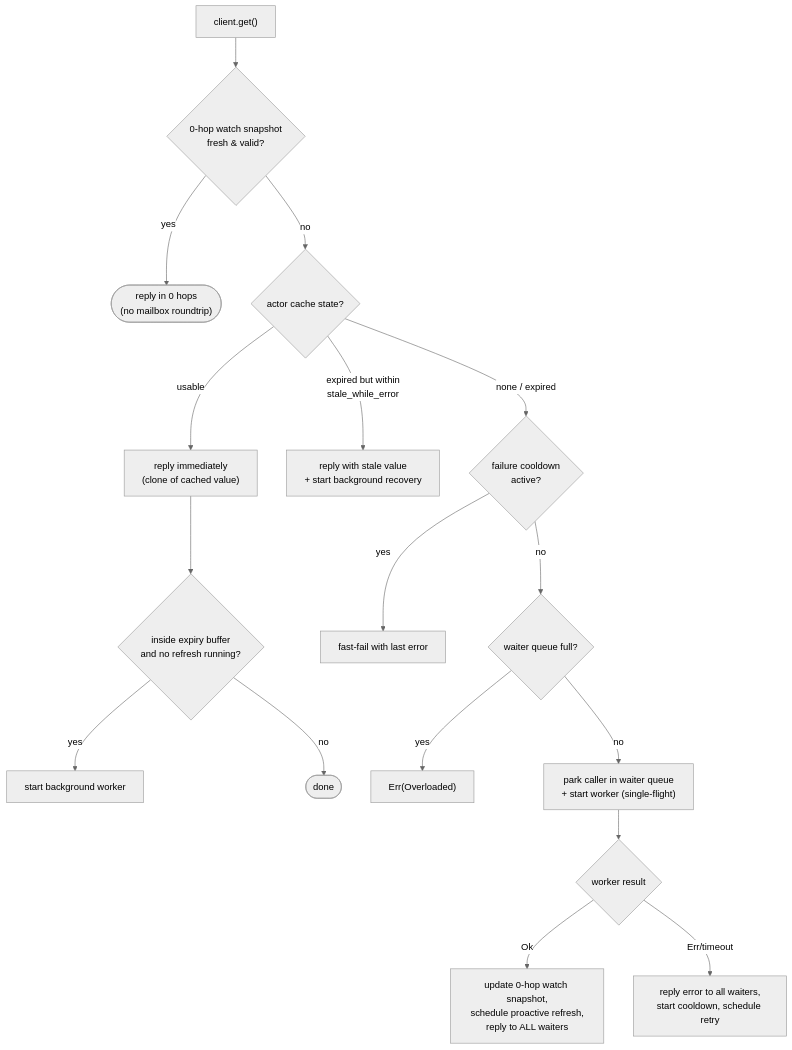
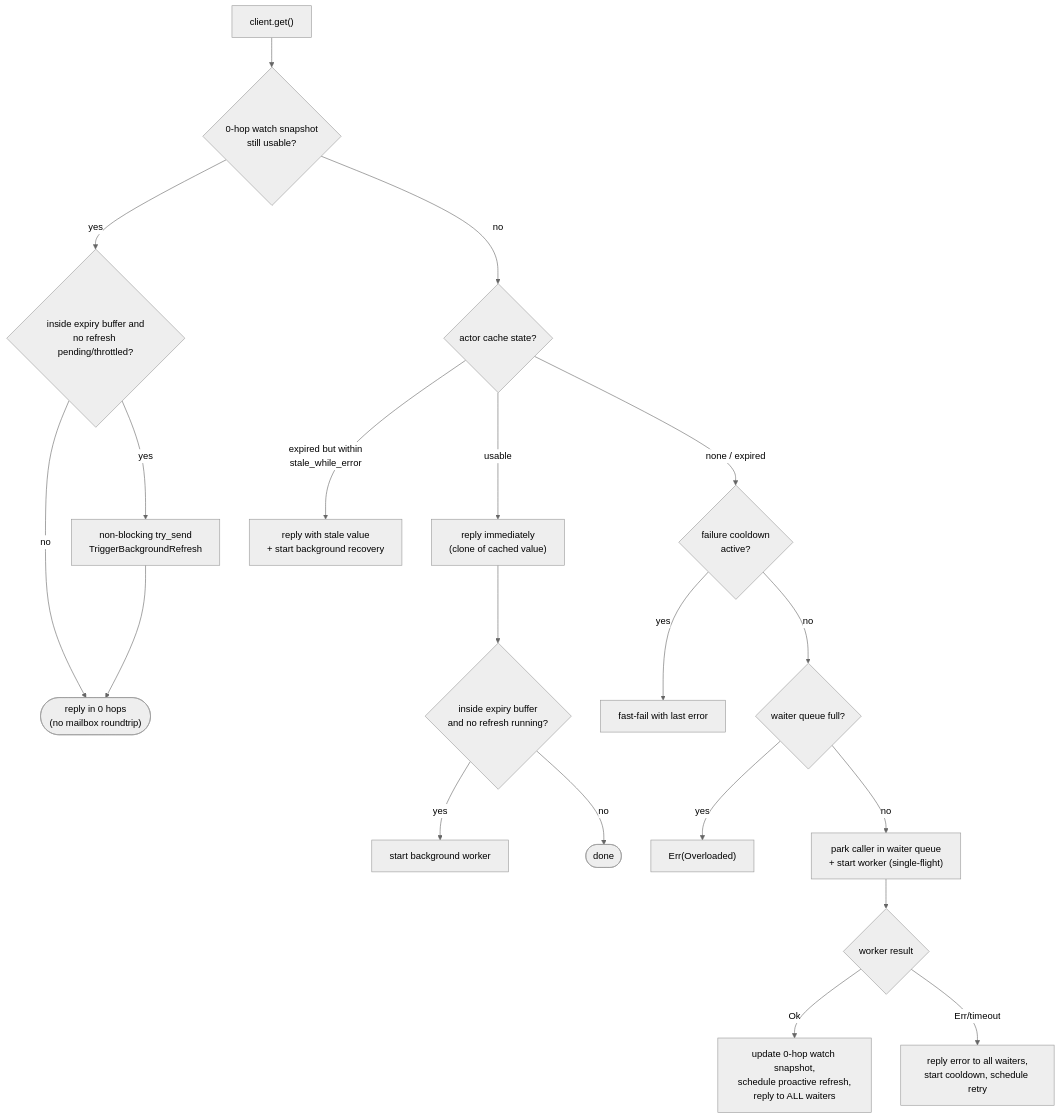
Before and after one commit to AlfredWeirich/otp-actor: the third of 4 diagrams in README.md, drawn with Mermaid (neutral theme). The commit also changed other lines of this file and 8 other files, not shown here.

````diff
--- a/README.md
+++ b/README.md
@@ -454,20 +464,23 @@
 ```mermaid
 flowchart TD
-    Get["client.get()"] --> WatchCheck{"0-hop watch snapshot<br/>fresh & valid?"}
-    WatchCheck -- yes --> WatchHit(["reply in 0 hops<br/>(no mailbox roundtrip)"])
+    Get["client.get()"] --> WatchCheck{"0-hop watch snapshot<br/>still usable?"}
+    WatchCheck -- yes --> WatchDue{"inside expiry buffer and<br/>no refresh pending/throttled?"}
+    WatchDue -- yes --> TryBg["non-blocking try_send<br/>TriggerBackgroundRefresh"]
+    WatchDue -- no --> WatchHit(["reply in 0 hops<br/>(no mailbox roundtrip)"])
+    TryBg --> WatchHit
     WatchCheck -- no --> HasRes{"actor cache state?"}
     HasRes -- "usable" --> Serve["reply immediately<br/>(clone of cached value)"]
     Serve --> Soon{"inside expiry buffer<br/>and no refresh running?"}
     Soon -- yes --> Refresh1["start background worker"]
     Soon -- no --> Done1(["done"])
 
     HasRes -- "expired but within<br/>stale_while_error" --> Stale["reply with stale value<br/>+ start background recovery"]
     HasRes -- "none / expired" --> Cool{"failure cooldown<br/>active?"}
     Cool -- yes --> FastFail["fast-fail with last error"]
     Cool -- no --> Full{"waiter queue full?"}
     Full -- yes --> Over["Err(Overloaded)"]
     Full -- no --> Park["park caller in waiter queue<br/>+ start worker (single-flight)"]
     Park --> Result{"worker result"}
     Result -- Ok --> Broadcast["update 0-hop watch snapshot,<br/>schedule proactive refresh,<br/>reply to ALL waiters"]
     Result -- Err/timeout --> Fail["reply error to all waiters,<br/>start cooldown, schedule retry"]
 ```
````
